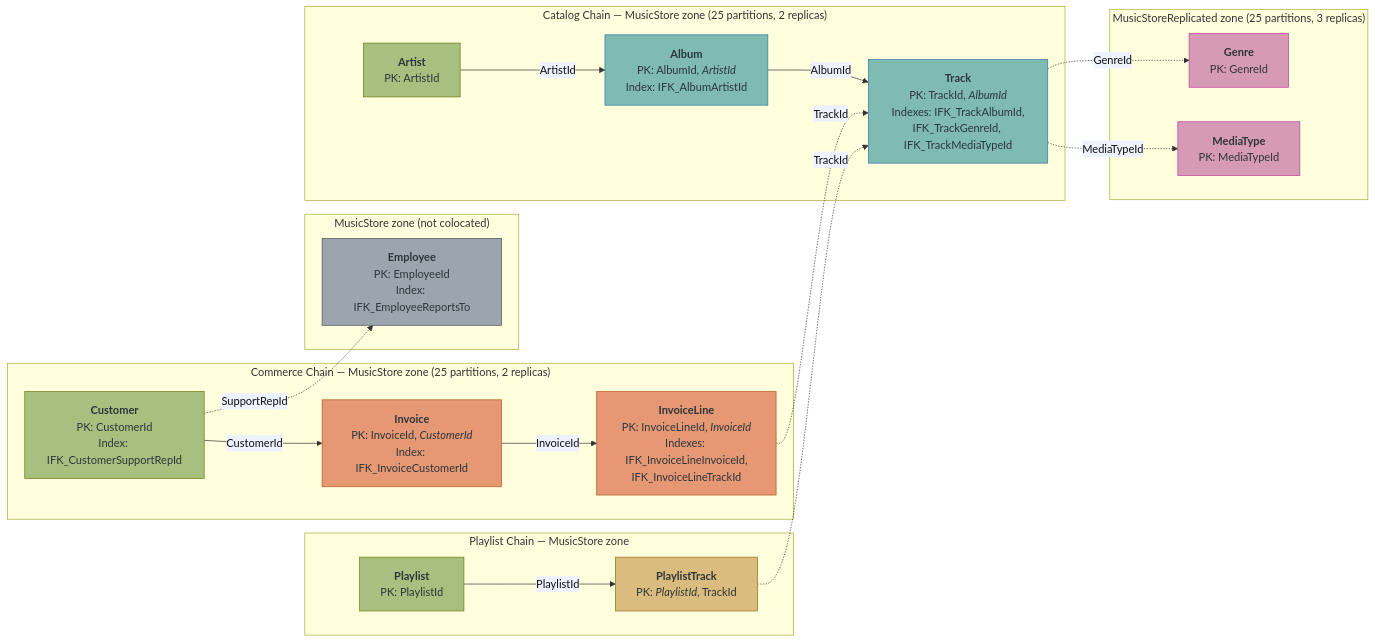
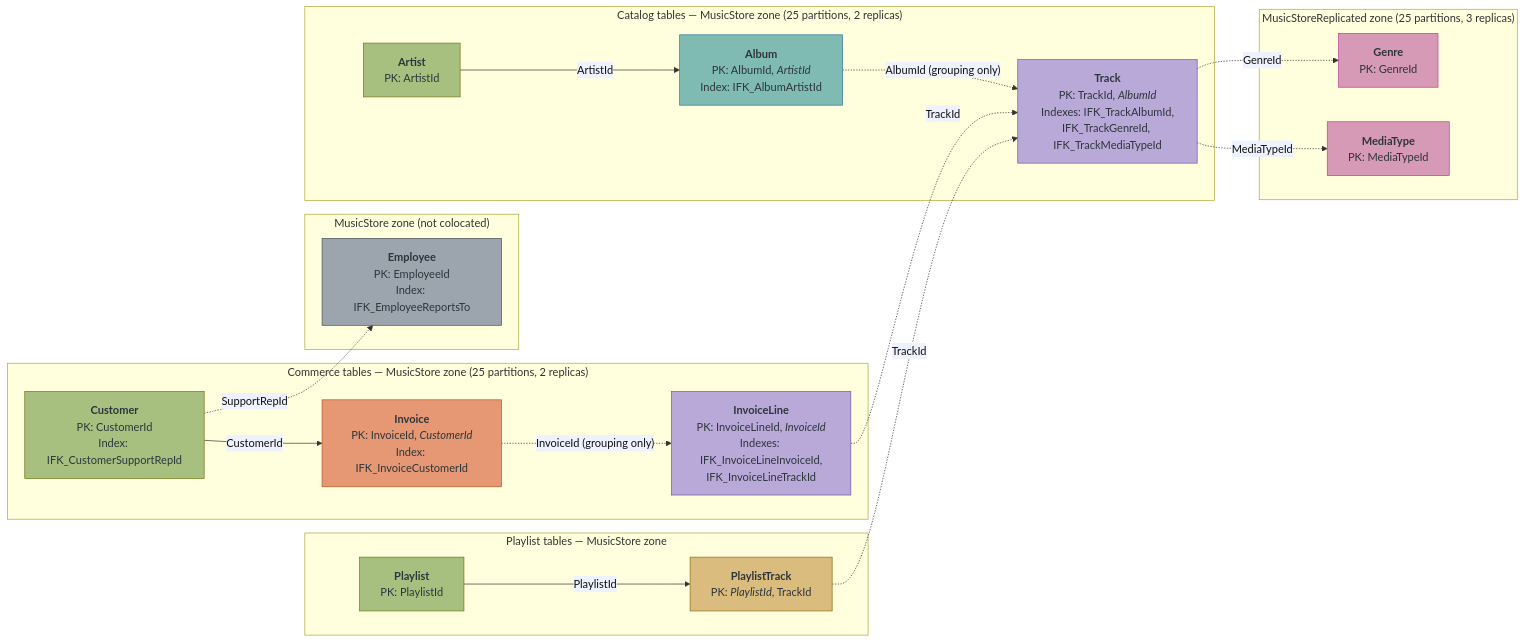
Before and after one commit to mariadb-corporation/mariadb-docs: the fourth of 4 diagrams in gridgain9/gridgain9-tutorials/schema-design-for-distributed-sql/schema-java-annotations.md, drawn with Mermaid. The commit also changed other lines of this file and 30 other files, not shown here.

````diff
--- a/gridgain9/gridgain9-tutorials/schema-design-for-distributed-sql/schema-java-annotations.md
+++ b/gridgain9/gridgain9-tutorials/schema-design-for-distributed-sql/schema-java-annotations.md
@@ -1129,53 +1145,53 @@
 ```mermaid
 %%{init: {"themeVariables": {"edgeLabelBackground": "#eef2ff"}}}%%
 graph LR
-    subgraph catalog ["Catalog Chain &mdash; MusicStore zone (25 partitions, 2 replicas)"]
+    subgraph catalog ["Catalog tables &mdash; MusicStore zone (25 partitions, 2 replicas)"]
         Artist["<b>Artist</b><br/>PK: ArtistId"]
         Album["<b>Album</b><br/>PK: AlbumId, <i>ArtistId</i><br/>Index: IFK_AlbumArtistId"]
         Track["<b>Track</b><br/>PK: TrackId, <i>AlbumId</i><br/>Indexes: IFK_TrackAlbumId,<br/>IFK_TrackGenreId, IFK_TrackMediaTypeId"]
         Artist -- "ArtistId" --> Album
-        Album -- "AlbumId" --> Track
+        Album -. "AlbumId (grouping only)" .-> Track
     end
 
-    subgraph commerce ["Commerce Chain &mdash; MusicStore zone (25 partitions, 2 replicas)"]
+    subgraph commerce ["Commerce tables &mdash; MusicStore zone (25 partitions, 2 replicas)"]
         Customer["<b>Customer</b><br/>PK: CustomerId<br/>Index: IFK_CustomerSupportRepId"]
         Invoice["<b>Invoice</b><br/>PK: InvoiceId, <i>CustomerId</i><br/>Index: IFK_InvoiceCustomerId"]
         InvoiceLine["<b>InvoiceLine</b><br/>PK: InvoiceLineId, <i>InvoiceId</i><br/>Indexes: IFK_InvoiceLineInvoiceId,<br/>IFK_InvoiceLineTrackId"]
         Customer -- "CustomerId" --> Invoice
-        Invoice -- "InvoiceId" --> InvoiceLine
+        Invoice -. "InvoiceId (grouping only)" .-> InvoiceLine
     end
 
     subgraph reference ["MusicStoreReplicated zone (25 partitions, 3 replicas)"]
         Genre["<b>Genre</b><br/>PK: GenreId"]
         MediaType["<b>MediaType</b><br/>PK: MediaTypeId"]
     end
 
     subgraph independent ["MusicStore zone (not colocated)"]
         Employee["<b>Employee</b><br/>PK: EmployeeId<br/>Index: IFK_EmployeeReportsTo"]
     end
 
-    subgraph playlist ["Playlist Chain &mdash; MusicStore zone"]
+    subgraph playlist ["Playlist tables &mdash; MusicStore zone"]
         Playlist["<b>Playlist</b><br/>PK: PlaylistId"]
         PlaylistTrack["<b>PlaylistTrack</b><br/>PK: <i>PlaylistId</i>, TrackId"]
         Playlist -- "PlaylistId" --> PlaylistTrack
     end
 
     InvoiceLine -. "TrackId" .-> Track
     PlaylistTrack -. "TrackId" .-> Track
     Track -. "GenreId" .-> Genre
     Track -. "MediaTypeId" .-> MediaType
     Customer -. "SupportRepId" .-> Employee
 
     style Artist fill:#A7C080,stroke:#6a780d,color:#2D353B
     style Customer fill:#A7C080,stroke:#6a780d,color:#2D353B
     style Playlist fill:#A7C080,stroke:#6a780d,color:#2D353B
     style Album fill:#7FBBB3,stroke:#2e78a0,color:#2D353B
-    style Track fill:#7FBBB3,stroke:#2e78a0,color:#2D353B
+    style Track fill:#B8A9D9,stroke:#6c5aa0,color:#2D353B
     style Invoice fill:#E69875,stroke:#b15919,color:#2D353B
-    style InvoiceLine fill:#E69875,stroke:#b15919,color:#2D353B
+    style InvoiceLine fill:#B8A9D9,stroke:#6c5aa0,color:#2D353B
     style PlaylistTrack fill:#DBBC7F,stroke:#916b0c,color:#2D353B
     style Genre fill:#D699B6,stroke:#bd3f95,color:#2D353B
     style MediaType fill:#D699B6,stroke:#bd3f95,color:#2D353B
     style Employee fill:#9CA5AD,stroke:#475258,color:#2D353B
     linkStyle default color:#111111
 ```
````
